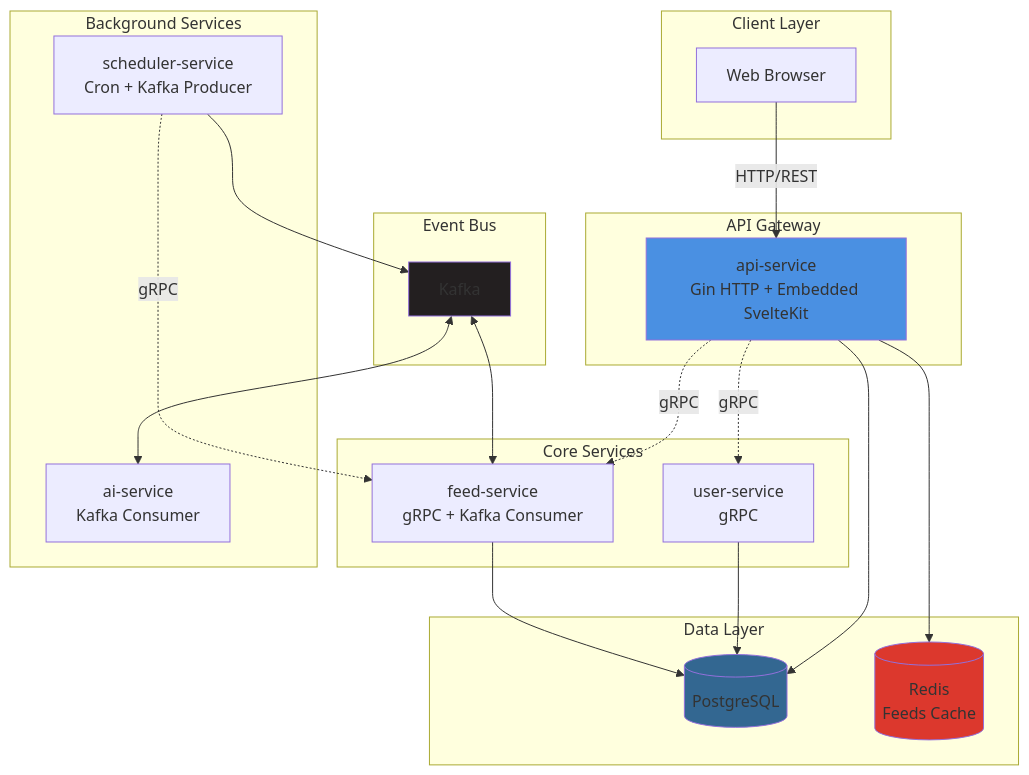
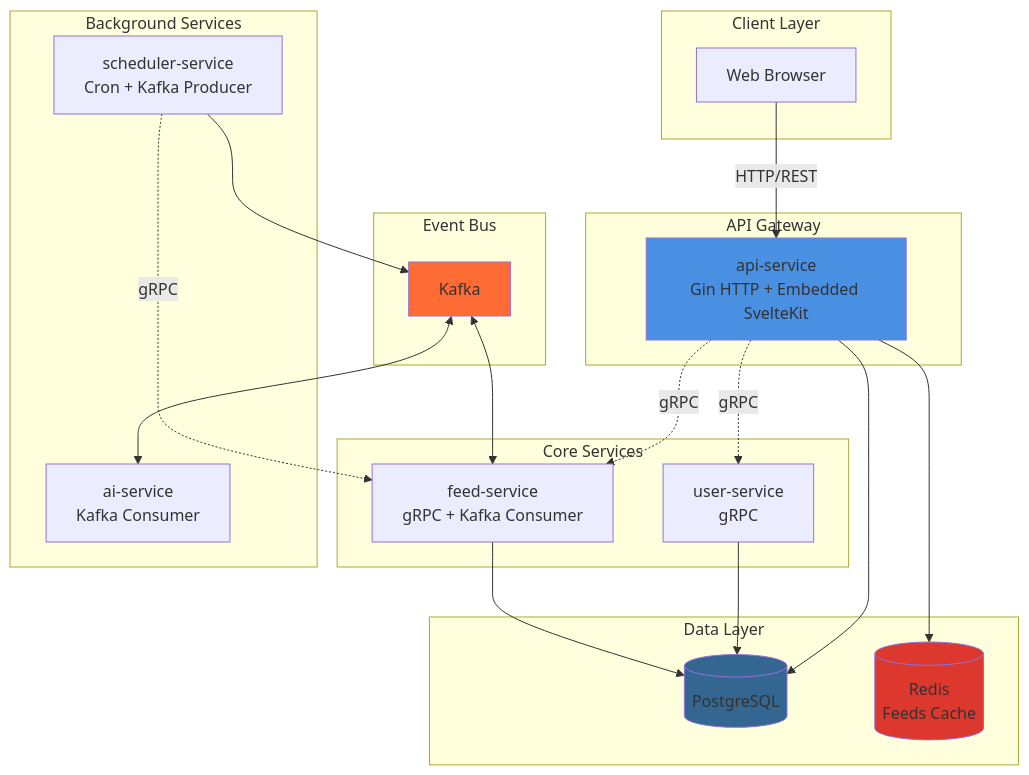
The diagram in README-zh.md (Fancu1/phoenix-rss), drawn with Mermaid before and after one commit. The commit also changed 1 other file, not shown here.

````diff
--- a/README-zh.md
+++ b/README-zh.md
@@ -21,49 +21,49 @@
 ```mermaid
 graph TB
     subgraph "Client Layer"
         WEB[Web Browser]
     end
 
     subgraph "API Gateway"
         API[api-service<br/>Gin HTTP + Embedded SvelteKit]
     end
 
     subgraph "Core Services"
         USER[user-service<br/>gRPC]
         FEED[feed-service<br/>gRPC + Kafka Consumer]
     end
 
     subgraph "Background Services"
         SCHED[scheduler-service<br/>Cron + Kafka Producer]
         AI[ai-service<br/>Kafka Consumer]
     end
 
     subgraph "Data Layer"
         PG[(PostgreSQL)]
         REDIS[(Redis<br/>Feeds Cache)]
     end
 
     subgraph "Event Bus"
         KAFKA[Kafka]
     end
 
     WEB -->|HTTP/REST| API
     API -.->|gRPC| USER
     API -.->|gRPC| FEED
     API --> REDIS
     API --> PG
     
     SCHED --> KAFKA
     KAFKA <--> FEED
     KAFKA <--> AI
     
     USER --> PG
     FEED --> PG
     
     SCHED -.->|gRPC| FEED
 
     style API fill:#4A90E2
-    style KAFKA fill:#231F20
+    style KAFKA fill:#FF6B35
     style PG fill:#336791
     style REDIS fill:#DC382D
 ```
````
